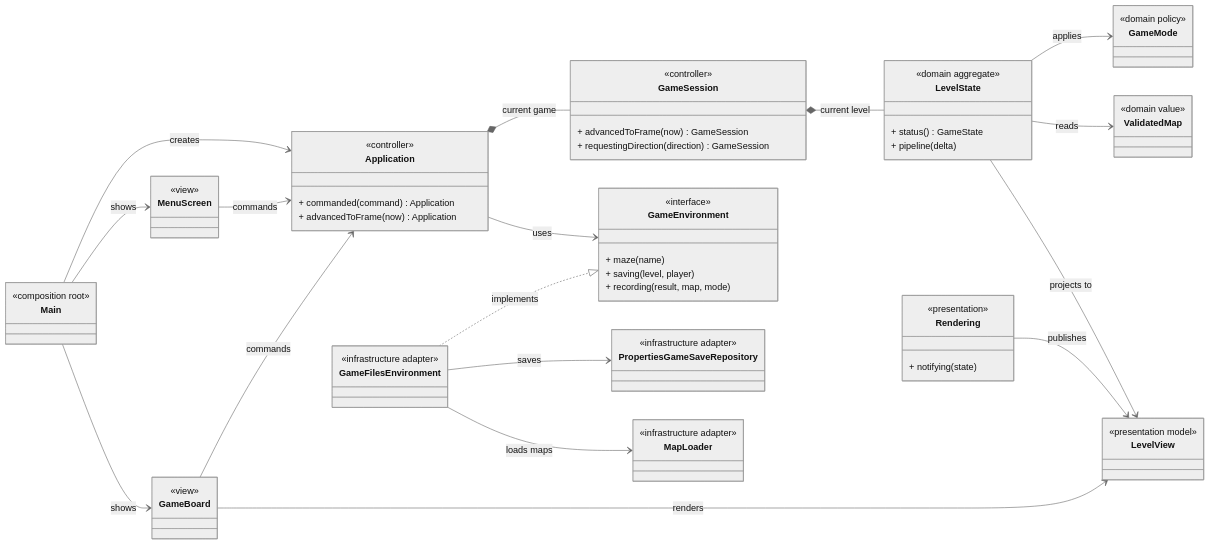
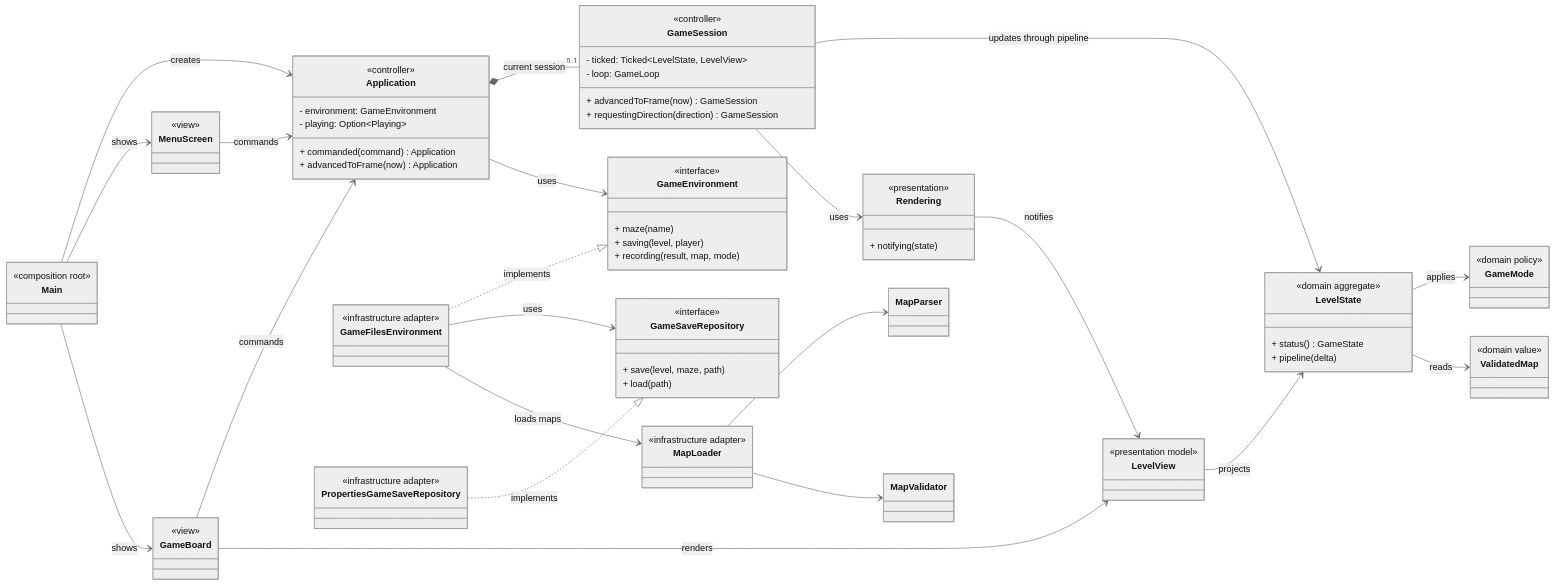
One commit to PPS-25/PPS-25-scala-man changed the diagram in docs/uml/application-class-diagram.mmd. Above: the diagram before and after it, drawn with Mermaid. The commit also changed 2 other files, not shown here.

Commit message:
docs: refine report UML diagrams

```diff
--- a/docs/uml/application-class-diagram.mmd
+++ b/docs/uml/application-class-diagram.mmd
@@ -1,73 +1,88 @@
 %%{init: {"theme": "neutral"}}%%
 classDiagram
 direction LR
 
 class Main {
   <<composition root>>
 }
 class MenuScreen {
   <<view>>
 }
 class GameBoard {
   <<view>>
 }
 class Application {
   <<controller>>
+  - environment: GameEnvironment
+  - playing: Option~Playing~
   + commanded(command) Application
   + advancedToFrame(now) Application
 }
 class GameSession {
   <<controller>>
+  - ticked: Ticked~LevelState, LevelView~
+  - loop: GameLoop
   + advancedToFrame(now) GameSession
   + requestingDirection(direction) GameSession
 }
 class GameEnvironment {
   <<interface>>
   + maze(name)
   + saving(level, player)
   + recording(result, map, mode)
 }
 class LevelView {
   <<presentation model>>
 }
 class Rendering {
   <<presentation>>
   + notifying(state)
 }
 class LevelState {
   <<domain aggregate>>
   + status() GameState
   + pipeline(delta)
 }
 class GameMode {
   <<domain policy>>
 }
 class ValidatedMap {
   <<domain value>>
 }
 class GameFilesEnvironment {
   <<infrastructure adapter>>
 }
+class GameSaveRepository {
+  <<interface>>
+  + save(level, maze, path)
+  + load(path)
+}
 class PropertiesGameSaveRepository {
   <<infrastructure adapter>>
 }
 class MapLoader {
   <<infrastructure adapter>>
 }
+class MapParser
+class MapValidator
 
 Main --> Application : creates
 Main --> MenuScreen : shows
 Main --> GameBoard : shows
 MenuScreen --> Application : commands
 GameBoard --> Application : commands
-Application *-- GameSession : current game
+Application *-- "0..1" GameSession : current session
 Application --> GameEnvironment : uses
-GameSession *-- LevelState : current level
+GameSession --> LevelState : updates through pipeline
+GameSession --> Rendering : uses
 LevelState --> GameMode : applies
 LevelState --> ValidatedMap : reads
-LevelState --> LevelView : projects to
-Rendering --> LevelView : publishes
+LevelView --> LevelState : projects
+Rendering --> LevelView : notifies
 GameBoard --> LevelView : renders
 GameFilesEnvironment ..|> GameEnvironment : implements
-GameFilesEnvironment --> PropertiesGameSaveRepository : saves
+GameFilesEnvironment --> GameSaveRepository : uses
+PropertiesGameSaveRepository ..|> GameSaveRepository : implements
 GameFilesEnvironment --> MapLoader : loads maps
+MapLoader --> MapParser
+MapLoader --> MapValidator
```
